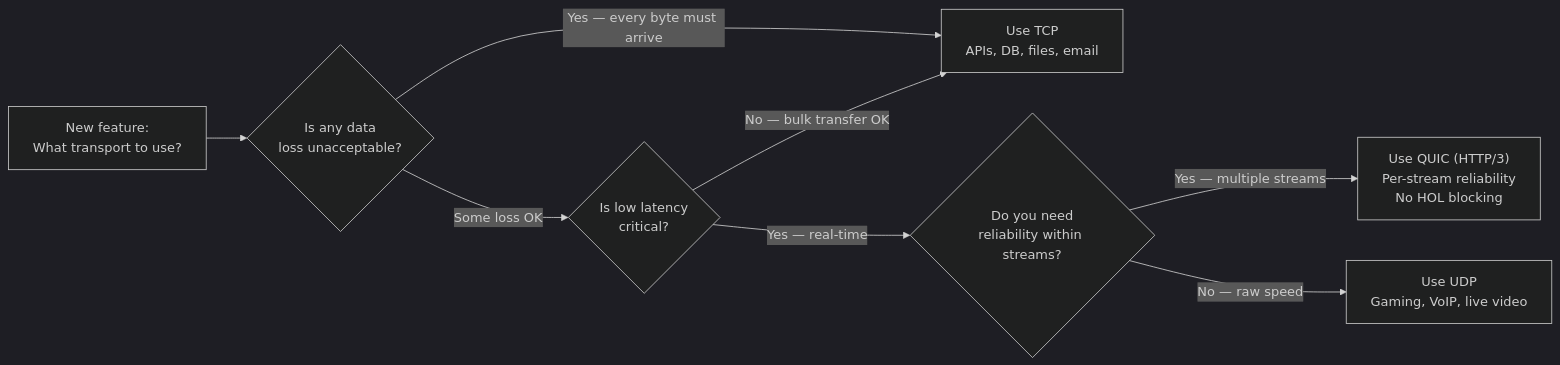
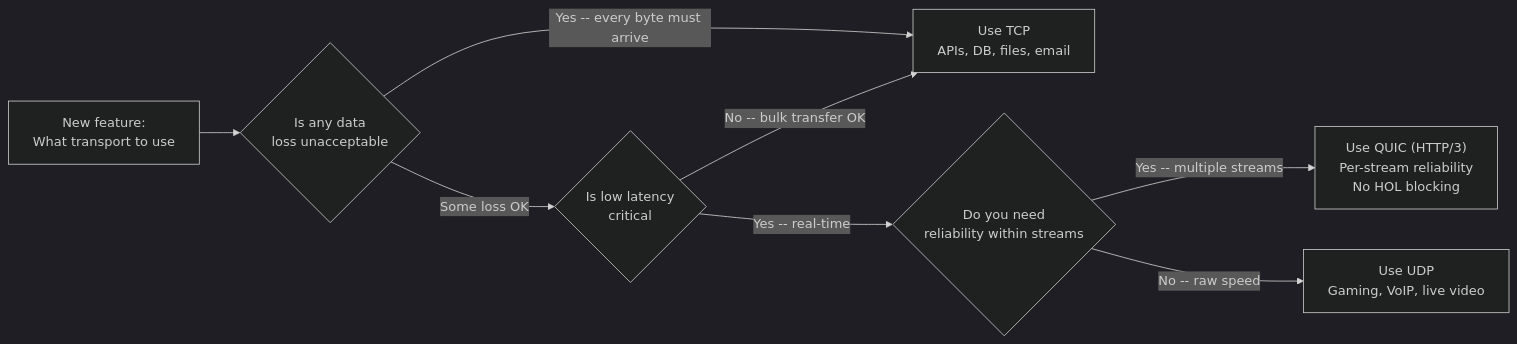
The fourth of 13 diagrams in Section0/Chapter_4_Networking_Foundations.md (ranjeetnegi/System-Design-for-Staff-SWE), drawn with Mermaid (dark theme) before and after one commit. The commit also changed other lines of this file and 11 other files, not shown here.

````diff
--- a/Section0/Chapter_4_Networking_Foundations.md
+++ b/Section0/Chapter_4_Networking_Foundations.md
@@ -293,16 +293,16 @@
 ```mermaid
 flowchart LR
-    START["New feature:<br/>What transport to use?"] --> Q1{"Is any data<br/>loss unacceptable?"}
+    START["New feature:<br/>What transport to use "] --> Q1{"Is any data<br/>loss unacceptable "}
     
-    Q1 -->|"Yes — every byte must arrive"| TCP["Use TCP<br/>APIs, DB, files, email"]
+    Q1 -->|"Yes -- every byte must arrive"| TCP["Use TCP<br/>APIs, DB, files, email"]
     
-    Q1 -->|"Some loss OK"| Q2{"Is low latency<br/>critical?"}
+    Q1 -->|"Some loss OK"| Q2{"Is low latency<br/>critical "}
     
-    Q2 -->|"Yes — real-time"| Q3{"Do you need<br/>reliability within streams?"}
+    Q2 -->|"Yes -- real-time"| Q3{"Do you need<br/>reliability within streams "}
     
-    Q3 -->|"Yes — multiple streams"| QUIC["Use QUIC (HTTP/3)<br/>Per-stream reliability<br/>No HOL blocking"]
+    Q3 -->|"Yes -- multiple streams"| QUIC["Use QUIC (HTTP/3)<br/>Per-stream reliability<br/>No HOL blocking"]
     
-    Q3 -->|"No — raw speed"| UDP["Use UDP<br/>Gaming, VoIP, live video"]
+    Q3 -->|"No -- raw speed"| UDP["Use UDP<br/>Gaming, VoIP, live video"]
     
-    Q2 -->|"No — bulk transfer OK"| TCP
+    Q2 -->|"No -- bulk transfer OK"| TCP
 ```
````
